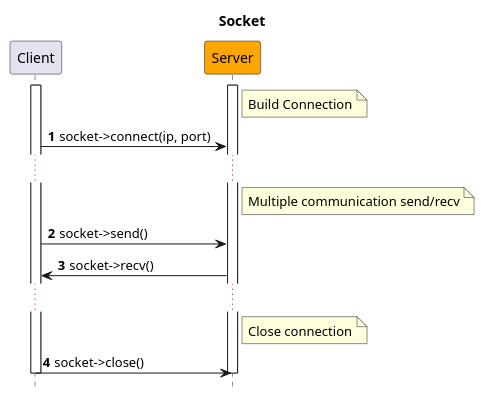
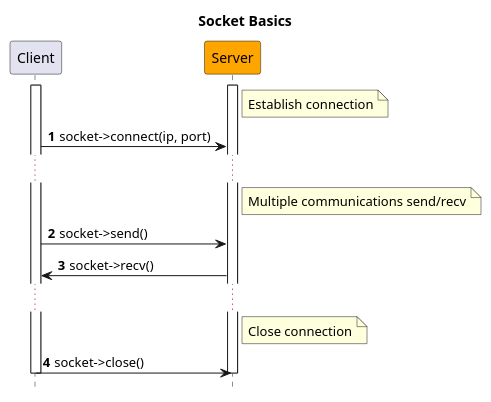
The first of 2 diagrams in docs/en/nsq.md (hyperf/hyperf), drawn with PlantUML before and after one commit. The commit also changed other lines of this file and 111 other files, not shown here.

````diff
--- a/docs/en/nsq.md
+++ b/docs/en/nsq.md
@@ -274,30 +265,30 @@
 ```plantuml
 @startuml
 
 autonumber
 hide footbox
-title **Socket**
+title **Socket Basics**
 
 participant "Client" as client
 participant "Server" as server #orange
 
 activate client
 activate server
 
-note right of server: Build Connection
+note right of server: Establish connection
 client -> server: socket->connect(ip, port)
 
 ...
-note right of server: Multiple communication send/recv
+note right of server: Multiple communications send/recv
 client -> server: socket->send()
 server-> client: socket->recv()
 ...
 
 note right of server: Close connection
 client->server: socket->close()
 
 deactivate client
 deactivate server
 
 @enduml
 ```
````
